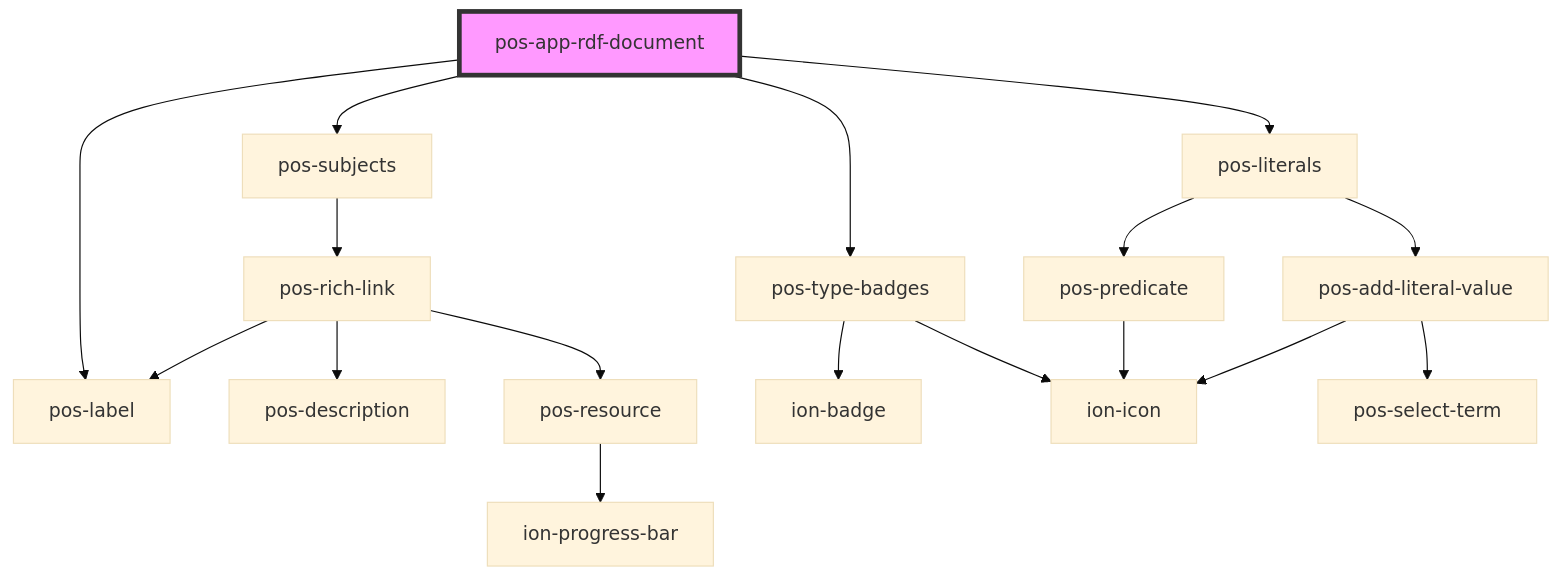
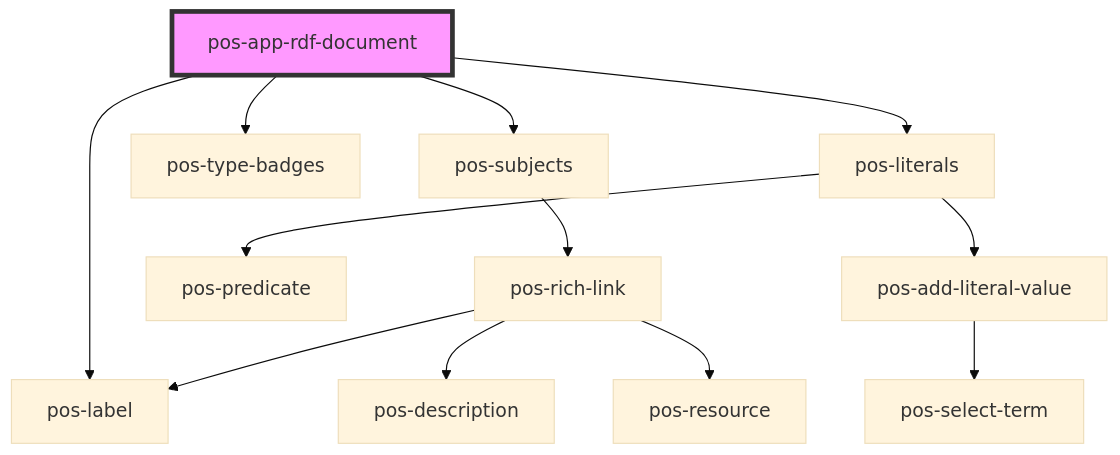
Before and after one commit to pod-os/PodOS: the diagram in docs/elements/apps/pos-app-rdf-document/readme.md, drawn with Mermaid (base theme). The commit also changed 31 other files, not shown here.

````diff
--- a/docs/elements/apps/pos-app-rdf-document/readme.md
+++ b/docs/elements/apps/pos-app-rdf-document/readme.md
@@ -18,20 +18,15 @@
 ```mermaid
 graph TD;
   pos-app-rdf-document --> pos-subjects
   pos-app-rdf-document --> pos-label
   pos-app-rdf-document --> pos-type-badges
   pos-app-rdf-document --> pos-literals
   pos-subjects --> pos-rich-link
   pos-rich-link --> pos-label
   pos-rich-link --> pos-description
   pos-rich-link --> pos-resource
-  pos-resource --> ion-progress-bar
-  pos-type-badges --> ion-badge
-  pos-type-badges --> ion-icon
   pos-literals --> pos-predicate
   pos-literals --> pos-add-literal-value
-  pos-predicate --> ion-icon
-  pos-add-literal-value --> ion-icon
   pos-add-literal-value --> pos-select-term
   style pos-app-rdf-document fill:#f9f,stroke:#333,stroke-width:4px
 ```
````
